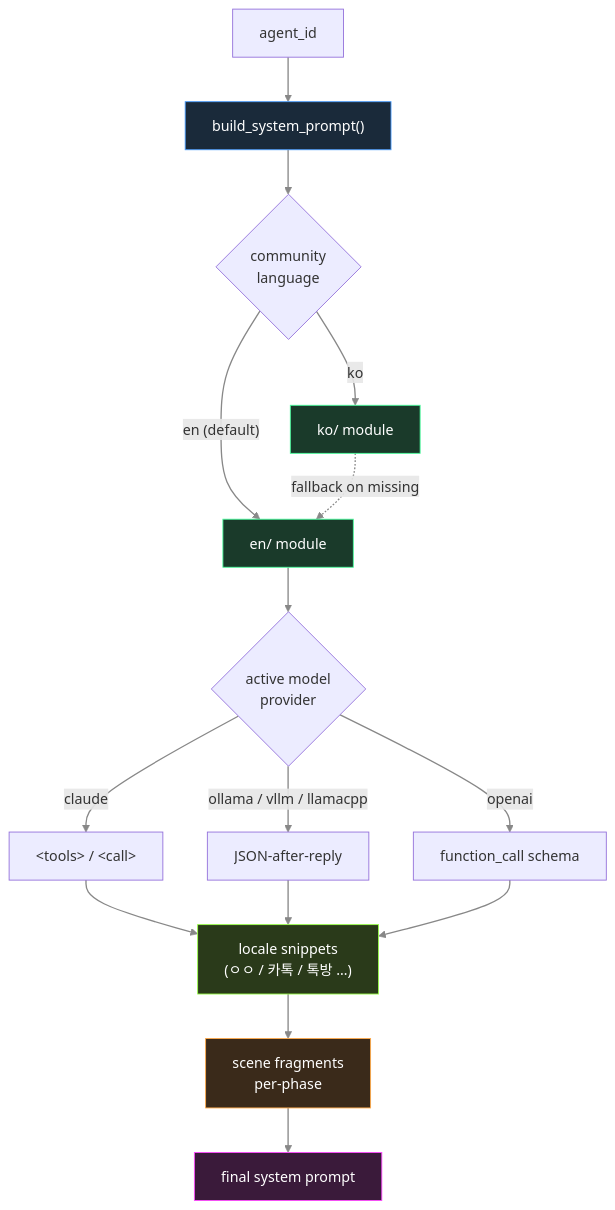
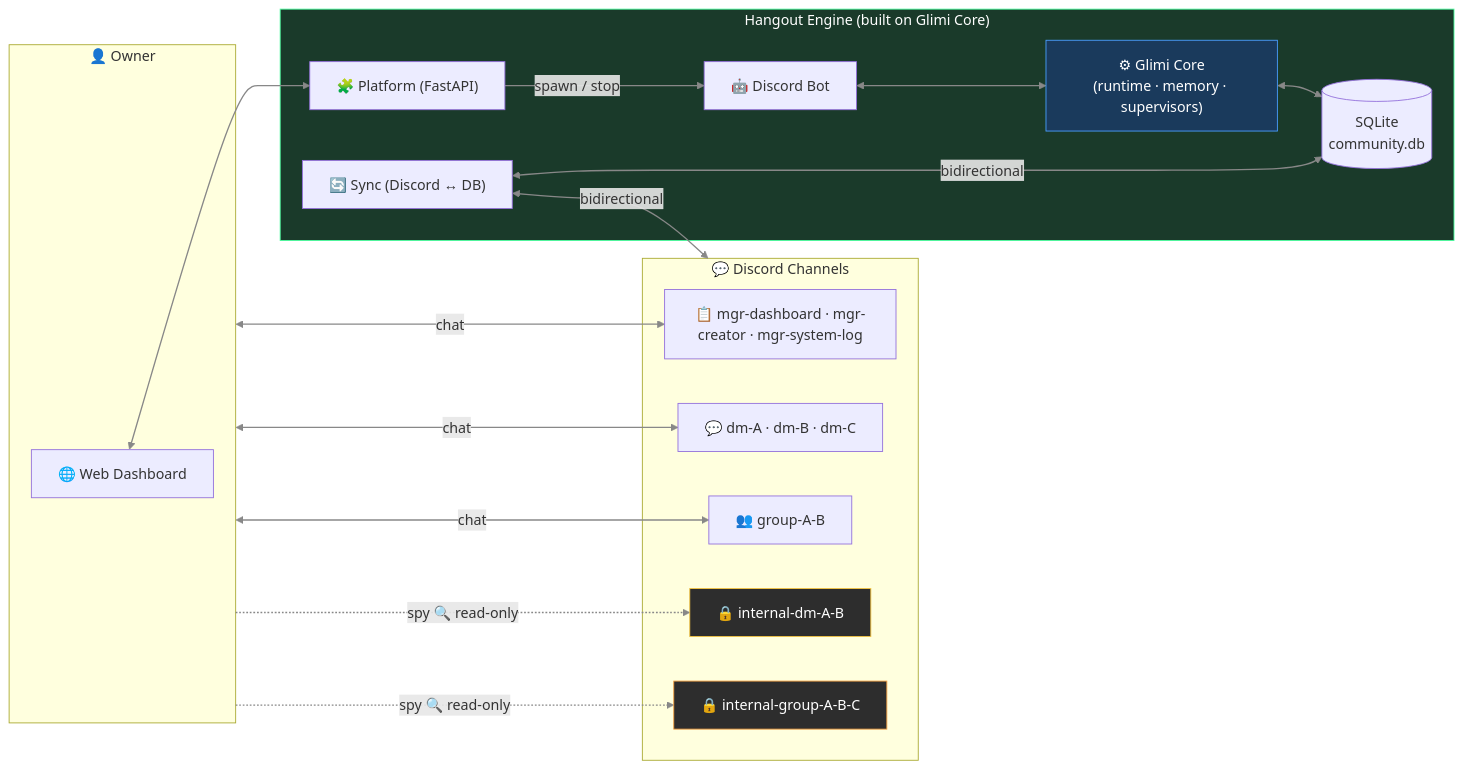
The third of 3 diagrams in README.md (je-empty/Glimi), drawn with Mermaid before and after one commit. The commit also changed other lines of this file and 2 other files, not shown here.

Commit message:
docs: Glimi umbrella 리브랜딩 (Core + Hangout) + LICENSE Apache-2.0

````diff
--- a/README.md
+++ b/README.md
@@ -506,23 +258,36 @@
 ```mermaid
-flowchart TB
+flowchart LR
     linkStyle default stroke:#888,stroke-width:1.5px
-    A["agent_id"] --> B["build_system_prompt()"]
-    B --> C{"community<br/>language"}
-    C -->|ko| D["ko/ module"]
-    C -->|"en (default)"| E["en/ module"]
-    D -. "fallback on missing" .-> E
-    E --> F{"active model<br/>provider"}
-    F -->|claude| G1["&lt;tools&gt; / &lt;call&gt;"]
-    F -->|"ollama / vllm / llamacpp"| G2["JSON-after-reply"]
-    F -->|openai| G3["function_call schema"]
-    G1 & G2 & G3 --> H["locale snippets<br/>(ㅇㅇ / 카톡 / 톡방 …)"]
-    H --> I["scene fragments<br/>per-phase"]
-    I --> J["final system prompt"]
+    subgraph Owner["👤 Owner"]
+        Browser["🌐 Web Dashboard"]
+    end
 
-    style B fill:#1a2a3a,stroke:#4a9eff,color:#fff
-    style D fill:#1a3a2a,stroke:#4aff9e,color:#fff
-    style E fill:#1a3a2a,stroke:#4aff9e,color:#fff
-    style H fill:#2a3a1a,stroke:#9aff4a,color:#fff
-    style I fill:#3a2a1a,stroke:#ffaa4a,color:#fff
-    style J fill:#3a1a3a,stroke:#ff4aff,color:#fff
+    subgraph Engine["Hangout Engine (built on Glimi Core)"]
+        Plat["🧩 Platform (FastAPI)"]
+        Bot["🤖 Discord Bot"]
+        Core["⚙ Glimi Core<br/>(runtime · memory · supervisors)"]
+        DB[("SQLite<br/>community.db")]
+        Sync["🔄 Sync (Discord ↔ DB)"]
+    end
+
+    subgraph Discord["💬 Discord Channels"]
+        Mgr["📋 mgr-dashboard · mgr-creator · mgr-system-log"]
+        DM["💬 dm-A · dm-B · dm-C"]
+        Grp["👥 group-A-B"]
+        SecDM["🔒 internal-dm-A-B"]
+        SecGrp["🔒 internal-group-A-B-C"]
+    end
+
+    Browser <--> Plat
+    Plat -->|"spawn / stop"| Bot
+    Owner <-->|"chat"| Mgr & DM & Grp
+    Owner -. "spy 🔍 read-only" .-> SecDM & SecGrp
+    Bot <--> Core
+    Core <--> DB
+    Sync <-->|"bidirectional"| DB & Discord
+
+    style Engine fill:#1a3a2a,stroke:#4aff9e,color:#fff
+    style Core fill:#1a3a5c,stroke:#4a9eff,color:#fff
+    style SecDM fill:#2d2d2d,stroke:#f5c542,color:#fff
+    style SecGrp fill:#2d2d2d,stroke:#f5a142,color:#fff
 ```
````
